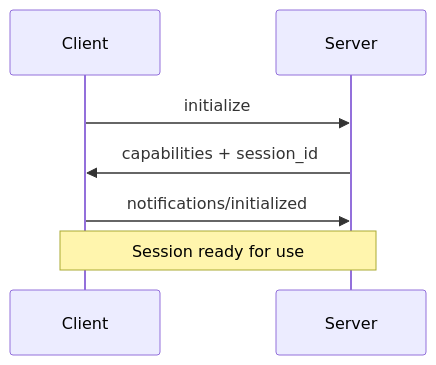
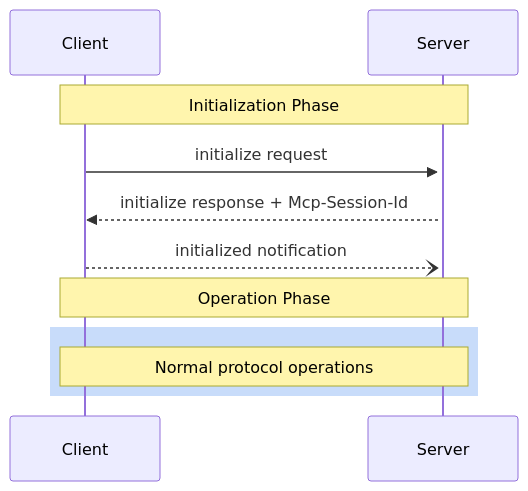
The first of 2 diagrams in api-reference/mcp-protocol/overview.mdx (d7ventures/docs), drawn with Mermaid before and after one commit. The commit also changed other lines of this file and 6 other files, not shown here.

Commit message:
MCP protocol pages: more closely align with original docs

````diff
--- a/api-reference/mcp-protocol/overview.mdx
+++ b/api-reference/mcp-protocol/overview.mdx
@@ -91,7 +91,15 @@
 ```mermaid
 sequenceDiagram
-    Client->>Server: initialize
-    Server->>Client: capabilities + session_id
-    Client->>Server: notifications/initialized
-    Note over Client,Server: Session ready for use
+    participant Client
+    participant Server
+
+    Note over Client,Server: Initialization Phase
+    Client->>+Server: initialize request
+    Server-->>Client: initialize response + Mcp-Session-Id
+    Client--)Server: initialized notification
+
+    Note over Client,Server: Operation Phase
+    rect rgb(200, 220, 250)
+        note over Client,Server: Normal protocol operations
+    end
 ```
````
